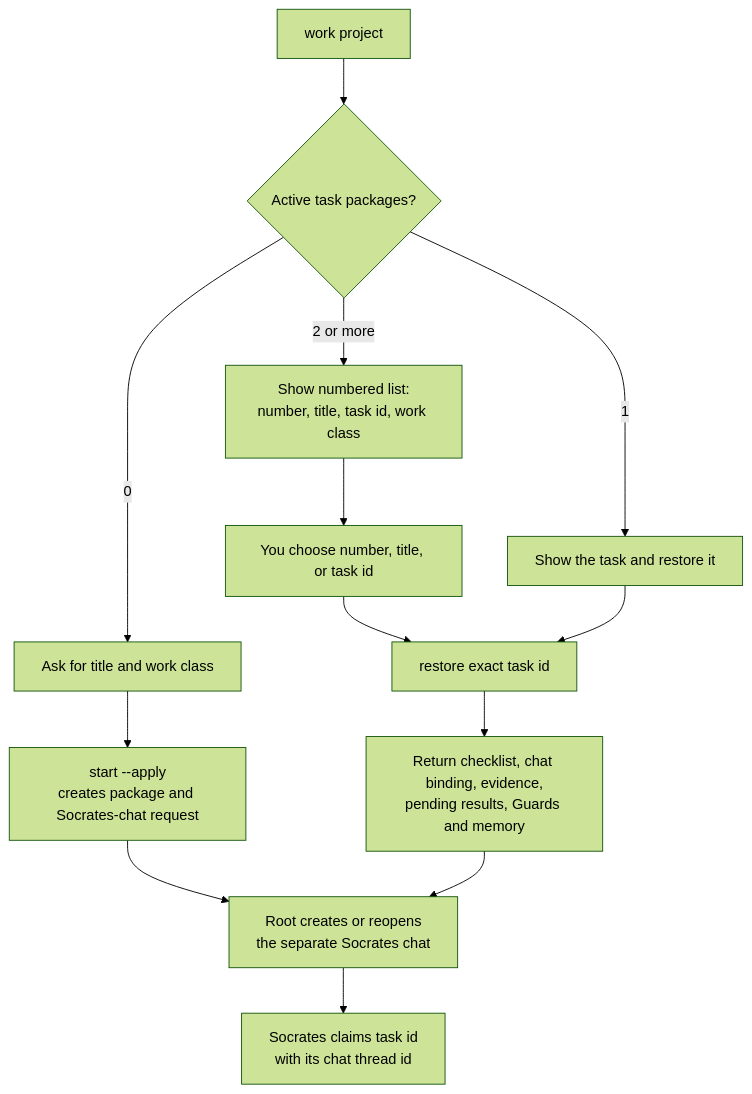
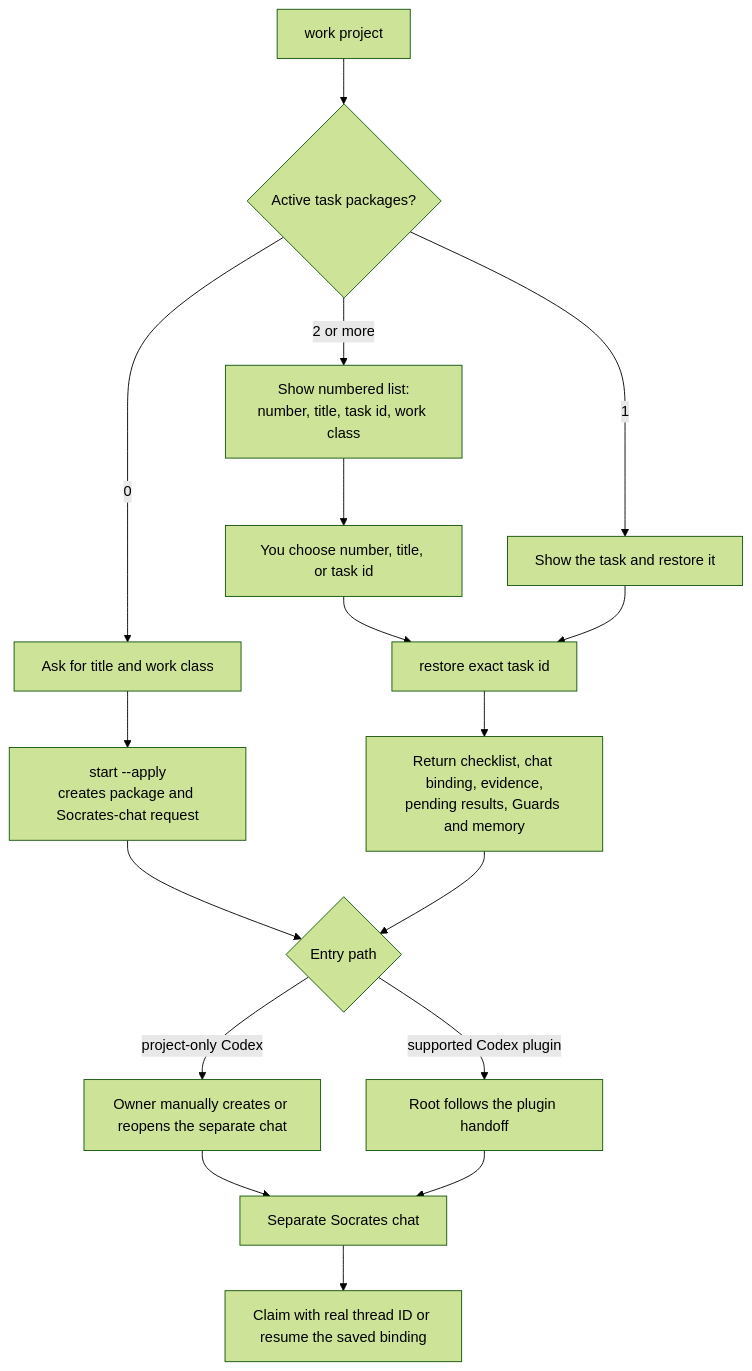
One commit to ale4ko69/ai-agent-fabric changed the second of 5 diagrams in docs/using-fabric.md. Above: the diagram before and after it, drawn with Mermaid (forest theme). The commit also changed other lines of this file and 22 other files, not shown here.

Commit message:
Keep project-only Fabric generated files out of Git changes

````diff
--- a/docs/using-fabric.md
+++ b/docs/using-fabric.md
@@ -80,15 +84,19 @@
 ```mermaid
 flowchart TD
     work["work project"] --> count{Active task packages?}
     count -->|0| intake["Ask for title and work class"]
     intake --> start["start --apply\ncreates package and Socrates-chat request"]
-    start --> chat["Root creates or reopens\nthe separate Socrates chat"]
-    chat --> claim["Socrates claims task id\nwith its chat thread id"]
+    start --> handoff{"Entry path"}
+    handoff -->|project-only Codex| manual["Owner manually creates or reopens the separate chat"]
+    handoff -->|supported Codex plugin| plugin["Root follows the plugin handoff"]
+    manual --> chat["Separate Socrates chat"]
+    plugin --> chat
+    chat --> claim["Claim with real thread ID or resume the saved binding"]
     count -->|1| one["Show the task and restore it"]
     count -->|2 or more| list["Show numbered list:\nnumber, title, task id, work class"]
     list --> choice["You choose number, title, or task id"]
     choice --> restore["restore exact task id"]
     one --> restore
     restore --> packet["Return checklist, chat binding, evidence,\npending results, Guards and memory"]
-    packet --> chat
+    packet --> handoff
 ```
````
